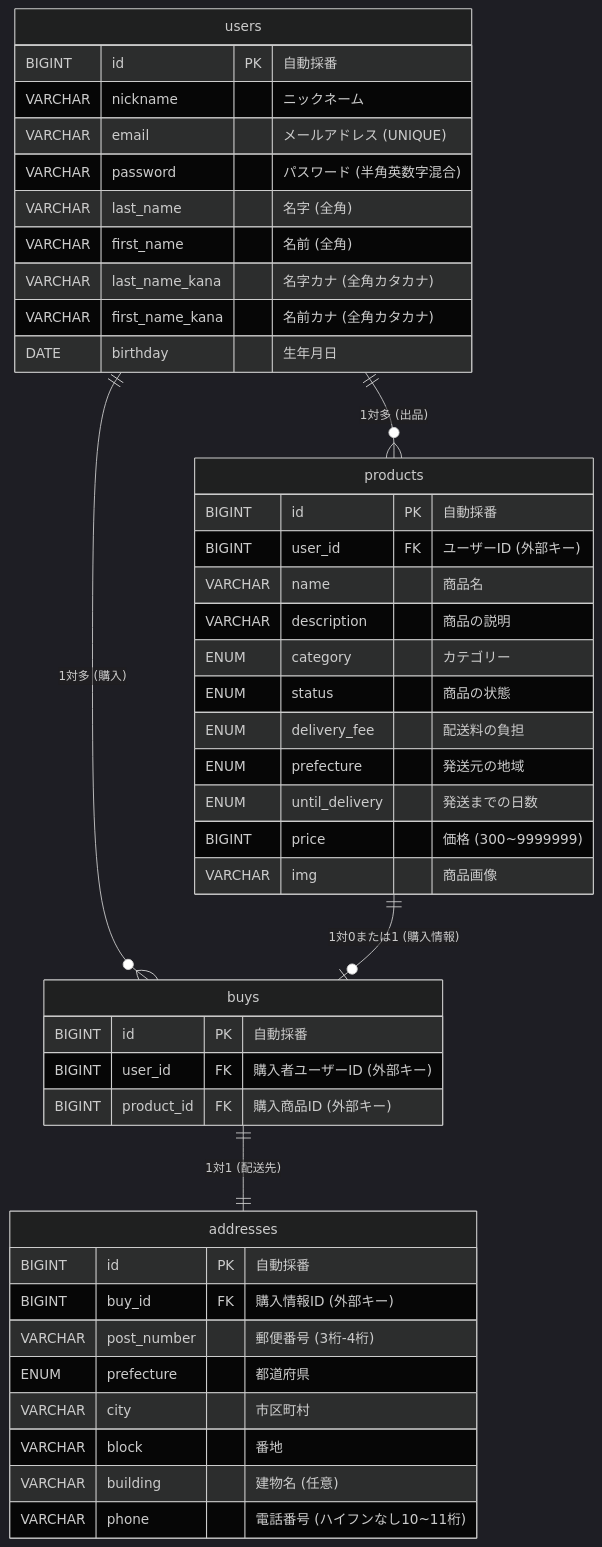
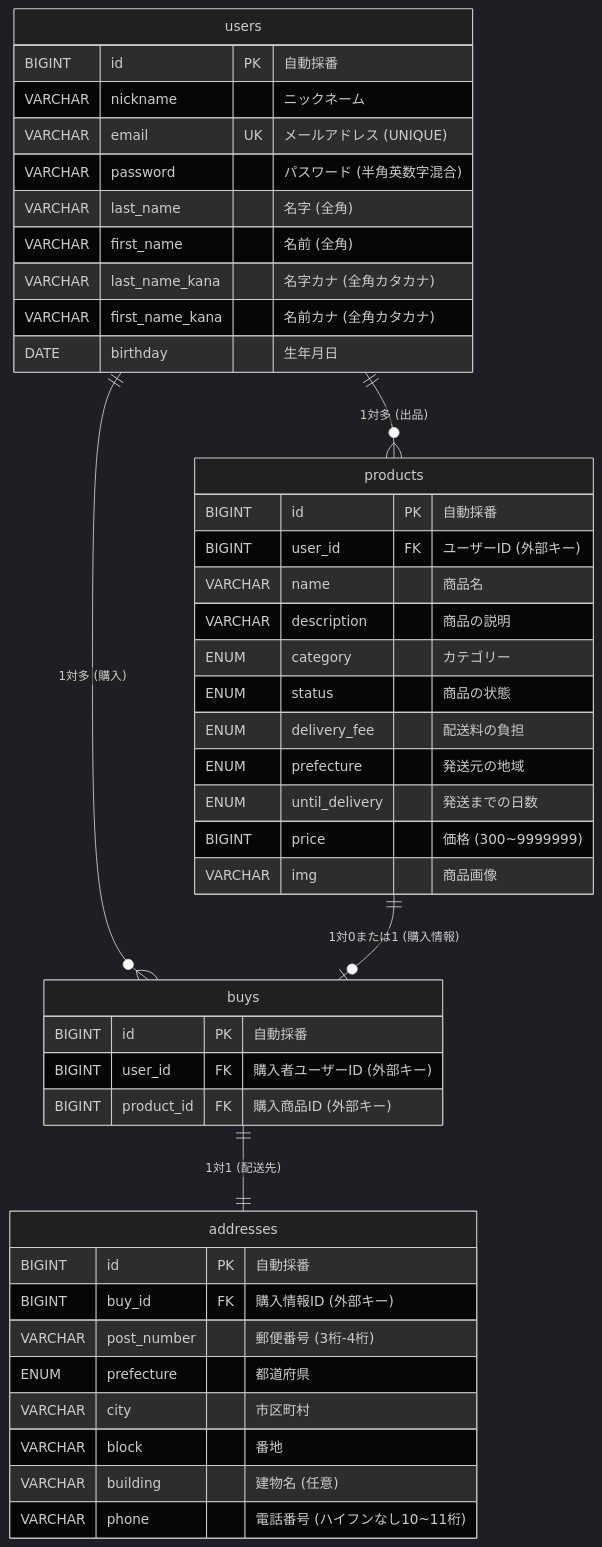
The diagram in README.md (sho-haraguchi/furima), drawn with Mermaid (dark theme) before and after one commit.

````diff
--- a/README.md
+++ b/README.md
@@ -3,50 +3,50 @@
 ```mermaid
 erDiagram
     users ||--o{ products : "1対多 (出品)"
     users ||--o{ buys : "1対多 (購入)"
     products ||--o| buys : "1対0または1 (購入情報)"
     buys ||--|| addresses : "1対1 (配送先)"
 
     users {
         BIGINT id PK "自動採番"
         VARCHAR nickname "ニックネーム"
-        VARCHAR email "メールアドレス (UNIQUE)"
+        VARCHAR email UK "メールアドレス (UNIQUE)"
         VARCHAR password "パスワード (半角英数字混合)"
         VARCHAR last_name "名字 (全角)"
         VARCHAR first_name "名前 (全角)"
         VARCHAR last_name_kana "名字カナ (全角カタカナ)"
         VARCHAR first_name_kana "名前カナ (全角カタカナ)"
         DATE birthday "生年月日"
     }
 
     products {
         BIGINT id PK "自動採番"
         BIGINT user_id FK "ユーザーID (外部キー)"
         VARCHAR name "商品名"
         VARCHAR description "商品の説明"
         ENUM category "カテゴリー"
         ENUM status "商品の状態"
         ENUM delivery_fee "配送料の負担"
         ENUM prefecture "発送元の地域"
         ENUM until_delivery "発送までの日数"
         BIGINT price "価格 (300~9999999)"
         VARCHAR img "商品画像"
     }
 
     buys {
         BIGINT id PK "自動採番"
         BIGINT user_id FK "購入者ユーザーID (外部キー)"
         BIGINT product_id FK "購入商品ID (外部キー)"
     }
 
     addresses {
         BIGINT id PK "自動採番"
         BIGINT buy_id FK "購入情報ID (外部キー)"
         VARCHAR post_number "郵便番号 (3桁-4桁)"
         ENUM prefecture "都道府県"
         VARCHAR city "市区町村"
         VARCHAR block "番地"
         VARCHAR building "建物名 (任意)"
         VARCHAR phone "電話番号 (ハイフンなし10~11桁)"
     }
 ```
````
